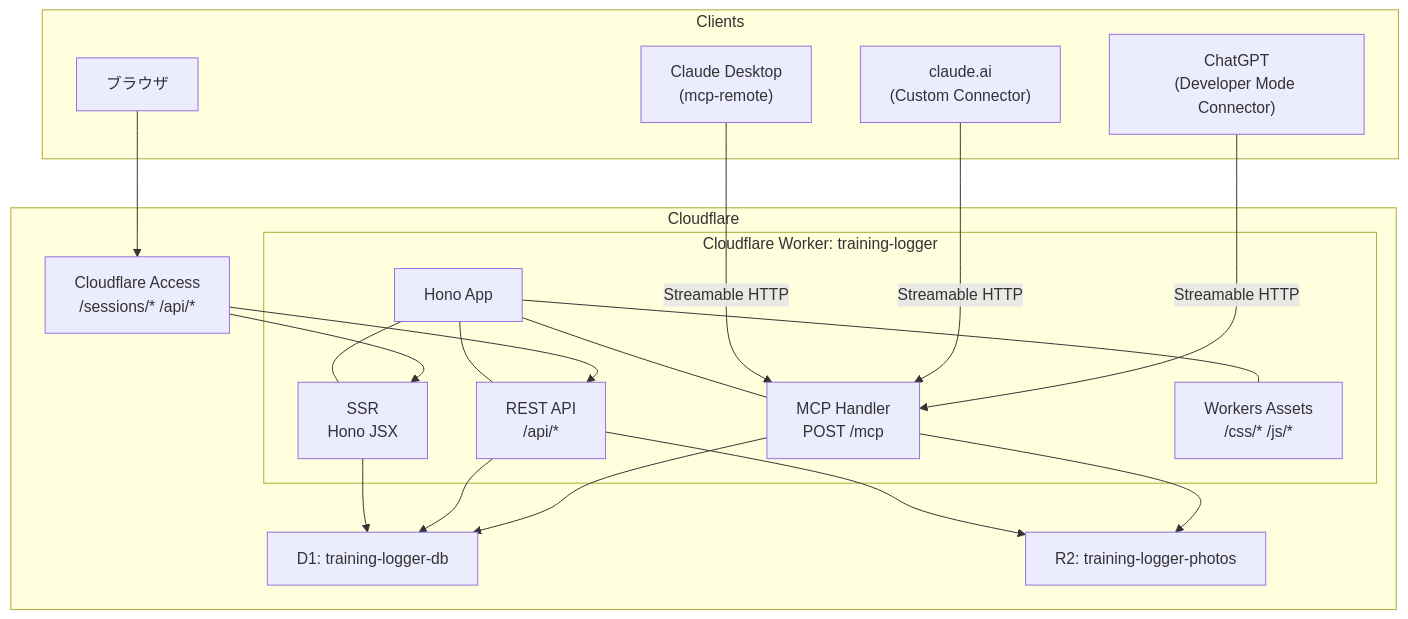
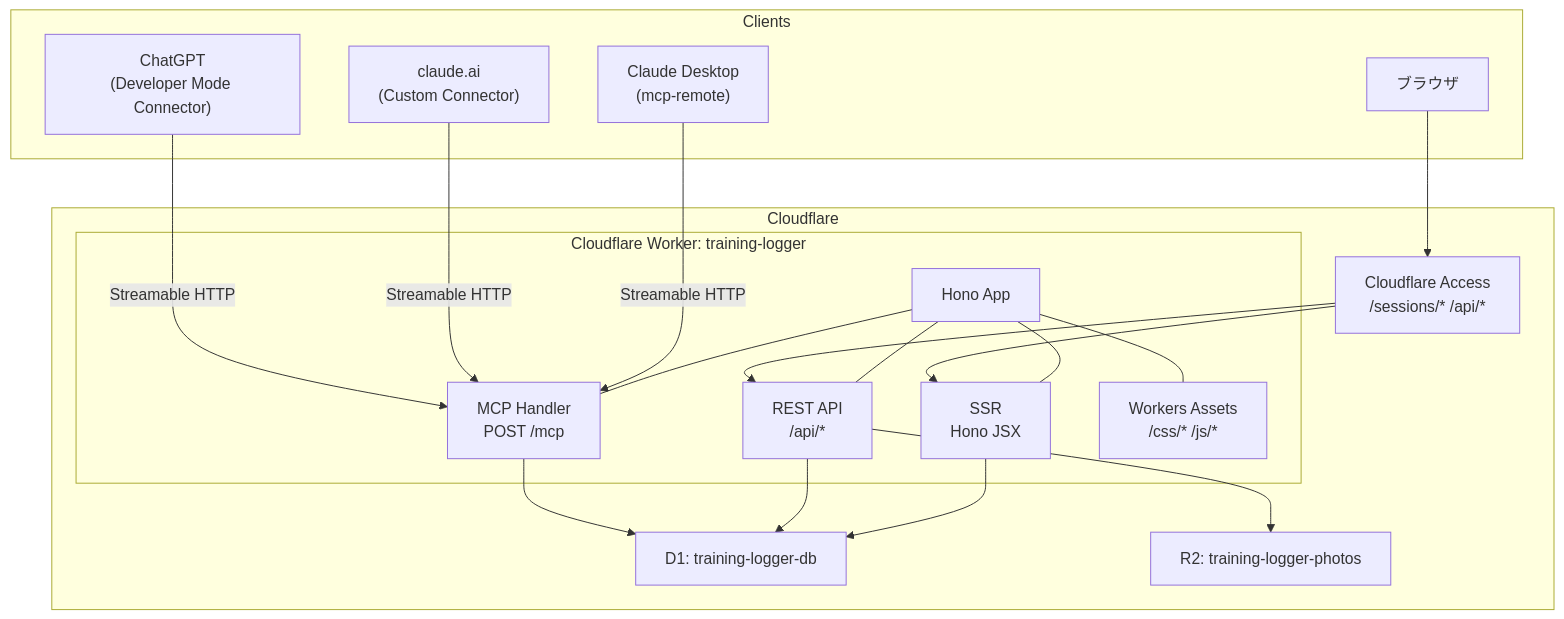
The first of 3 diagrams in docs/architecture.md (japan4415/training-logger), drawn with Mermaid before and after one commit. The commit also changed other lines of this file and 25 other files, not shown here.

````diff
--- a/docs/architecture.md
+++ b/docs/architecture.md
@@ -41,42 +41,41 @@
 ```mermaid
 graph TB
     subgraph Clients
         ChatGPT["ChatGPT<br/>(Developer Mode Connector)"]
         ClaudeAI["claude.ai<br/>(Custom Connector)"]
         ClaudeDesktop["Claude Desktop<br/>(mcp-remote)"]
         Browser["ブラウザ"]
     end
 
     subgraph Cloudflare
         Access["Cloudflare Access<br/>/sessions/* /api/*"]
         subgraph Worker["Cloudflare Worker: training-logger"]
             HonoApp["Hono App"]
             MCP["MCP Handler<br/>POST /mcp"]
             REST["REST API<br/>/api/*"]
             SSR["SSR<br/>Hono JSX"]
             Assets["Workers Assets<br/>/css/* /js/*"]
         end
 
         D1["D1: training-logger-db"]
         R2["R2: training-logger-photos"]
     end
 
     ChatGPT -->|"Streamable HTTP"| MCP
     ClaudeAI -->|"Streamable HTTP"| MCP
     ClaudeDesktop -->|"Streamable HTTP"| MCP
 
     Browser --> Access
     Access --> SSR
     Access --> REST
 
     HonoApp --- MCP
     HonoApp --- REST
     HonoApp --- SSR
     HonoApp --- Assets
 
     MCP --> D1
     REST --> D1
     SSR --> D1
-    MCP --> R2
     REST --> R2
 ```
````
